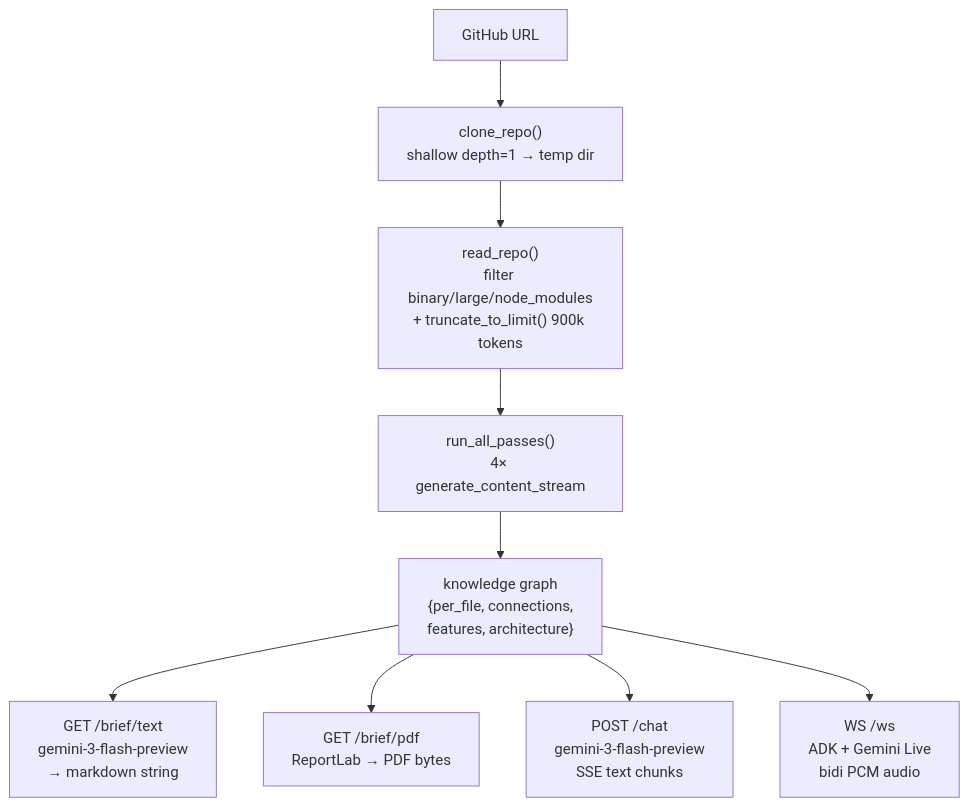
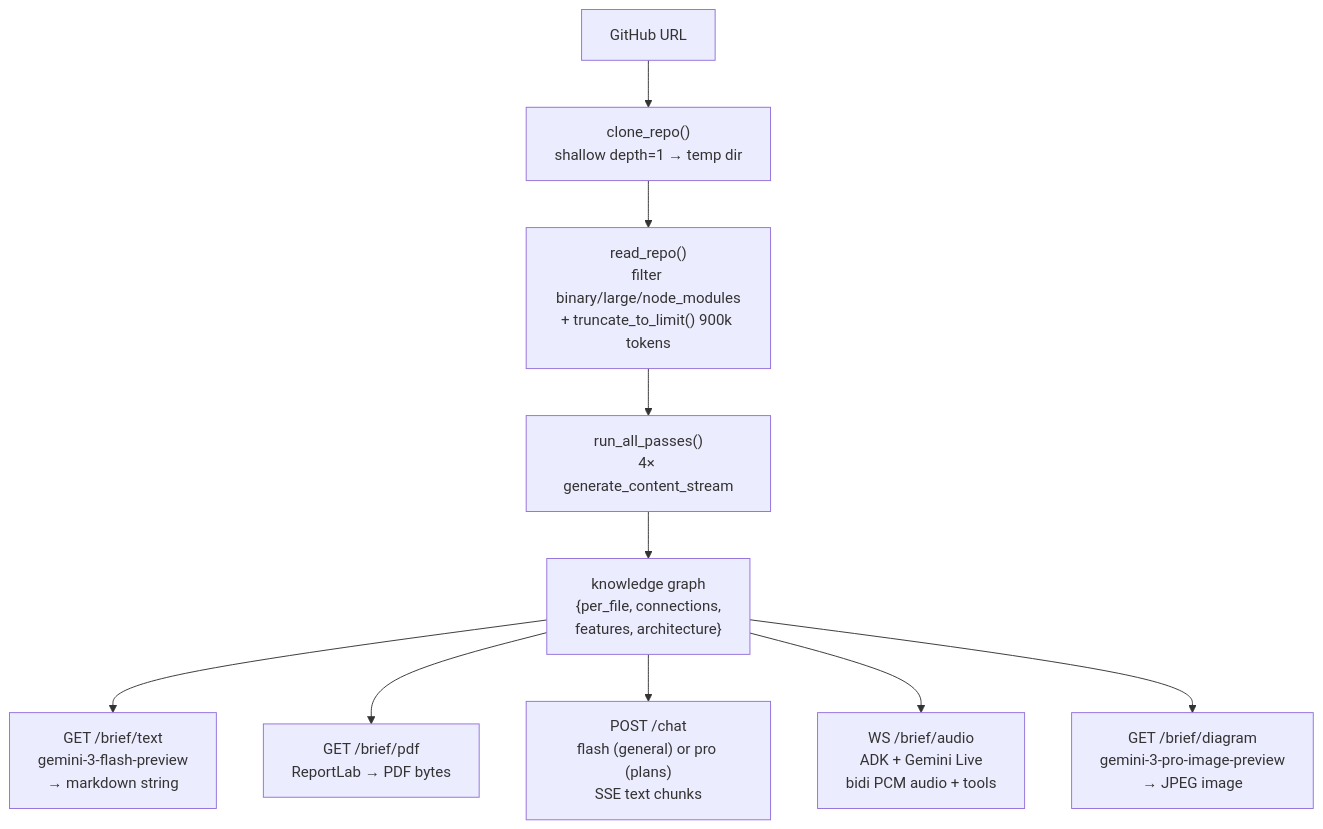
One commit to ask-anannya/Compass changed the eighth of 8 diagrams in ARCHITECTURE.md. Above: the diagram before and after it, drawn with Mermaid. The commit also changed other lines of this file and 13 other files, not shown here.

First line of the commit message:
Add Live Assistant, architecture diagram, tool calling, and transcript streaming

````diff
--- a/ARCHITECTURE.md
+++ b/ARCHITECTURE.md
@@ -288,19 +295,21 @@
 ```mermaid
 flowchart TD
     URL["GitHub URL"]
     Clone["clone_repo()\nshallow depth=1 → temp dir"]
     Read["read_repo()\nfilter binary/large/node_modules\n+ truncate_to_limit() 900k tokens"]
     Passes["run_all_passes()\n4× generate_content_stream"]
     Graph["knowledge graph\n{per_file, connections,\nfeatures, architecture}"]
 
     TextBrief["GET /brief/text\ngemini-3-flash-preview\n→ markdown string"]
     PDF["GET /brief/pdf\nReportLab → PDF bytes"]
-    Chat["POST /chat\ngemini-3-flash-preview\nSSE text chunks"]
-    Audio["WS /ws\nADK + Gemini Live\nbidi PCM audio"]
+    Chat["POST /chat\nflash (general) or pro (plans)\nSSE text chunks"]
+    Audio["WS /brief/audio\nADK + Gemini Live\nbidi PCM audio + tools"]
+    Diagram["GET /brief/diagram\ngemini-3-pro-image-preview\n→ JPEG image"]
 
     URL --> Clone --> Read --> Passes --> Graph
     Graph --> TextBrief
     Graph --> PDF
     Graph --> Chat
     Graph --> Audio
+    Graph --> Diagram
 ```
````
